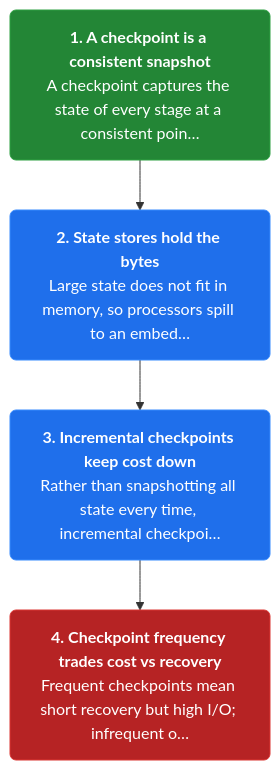
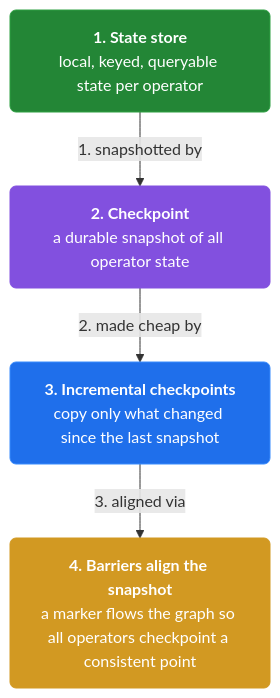
One commit to vinayakuber/streaming-systems-study-guide changed the second of 19 diagrams in docs/ch07-the-practicalities-of-persistent-state.md. Above: the diagram before and after it, drawn with Mermaid. The commit also changed other lines of this file and 12 other files, not shown here.

First line of the commit message:
Author per-section and per-card mermaid diagrams (110 diagrams)

````diff
--- a/docs/ch07-the-practicalities-of-persistent-state.md
+++ b/docs/ch07-the-practicalities-of-persistent-state.md
@@ -52,13 +54,15 @@
 ```mermaid
 flowchart TD
-  classDef step fill:#1f6feb,color:#ffffff,stroke:#388bfd,stroke-width:1px,rx:6
+  classDef step fill:#1f6feb,color:#ffffff,stroke:#388bfd,rx:6
+  classDef core fill:#8250df,color:#ffffff,stroke:#8250df,rx:6
+  classDef warn fill:#d29922,color:#ffffff,stroke:#d29922,rx:6
   classDef start fill:#238636,color:#ffffff,stroke:#2ea043,rx:6
   classDef stop fill:#b62324,color:#ffffff,stroke:#da3633,rx:6
-  s1n0["<b>1. A checkpoint is a consistent snapshot</b><br/>A checkpoint captures the state of every stage at a consistent poin…"]:::start
-  s1n1["<b>2. State stores hold the bytes</b><br/>Large state does not fit in memory, so processors spill to an embed…"]:::step
-  s1n2["<b>3. Incremental checkpoints keep cost down</b><br/>Rather than snapshotting all state every time, incremental checkpoi…"]:::step
-  s1n3["<b>4. Checkpoint frequency trades cost vs recovery</b><br/>Frequent checkpoints mean short recovery but high I/O; infrequent o…"]:::stop
-  s1n0 --> s1n1
-  s1n1 --> s1n2
-  s1n2 --> s1n3
+  n0["<b>1. State store</b><br/>local, keyed, queryable state per operator"]:::start
+  n1["<b>2. Checkpoint</b><br/>a durable snapshot of all operator state"]:::core
+  n2["<b>3. Incremental checkpoints</b><br/>copy only what changed since the last snapshot"]:::step
+  n3["<b>4. Barriers align the snapshot</b><br/>a marker flows the graph so all operators checkpoint a consistent point"]:::warn
+  n0 -->|"1. snapshotted by"| n1
+  n1 -->|"2. made cheap by"| n2
+  n2 -->|"3. aligned via"| n3
 ```
````
